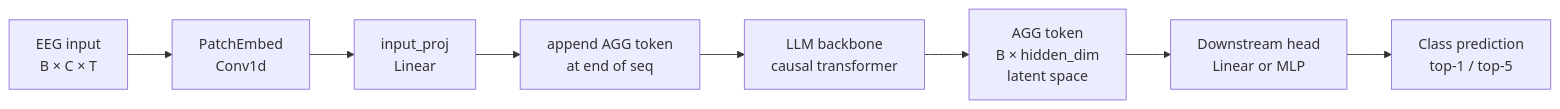
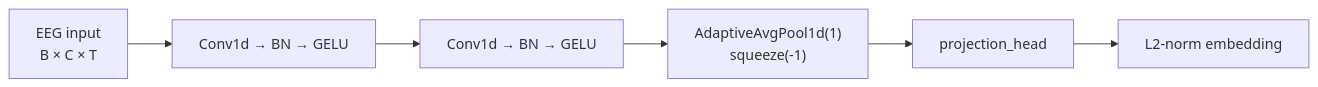
The third of 3 diagrams in README.md (RTae/SUPA-EEG), drawn with Mermaid before and after one commit. The commit also changed other lines of this file and 2 other files, not shown here.

````diff
--- a/README.md
+++ b/README.md
@@ -202,10 +175,8 @@
 ```mermaid
 flowchart LR
-    A[EEG input\nB × C × T] --> B[PatchEmbed\nConv1d]
-    B --> C[input_proj\nLinear]
-    C --> D[append AGG token\nat end of seq]
-    D --> E[LLM backbone\ncausal transformer]
-    E --> F[AGG token\nB × hidden_dim\nlatent space]
-    F --> G[Downstream head\nLinear or MLP]
-    G --> H[Class prediction\ntop-1 / top-5]
+    A["EEG input\nB × C × T"] --> B["Conv1d → BN → GELU"]
+    B --> C["Conv1d → BN → GELU"]
+    C --> D["AdaptiveAvgPool1d(1)\nsqueeze(-1)"]
+    D --> E["projection_head"]
+    E --> F["L2-norm embedding"]
 ```
````
